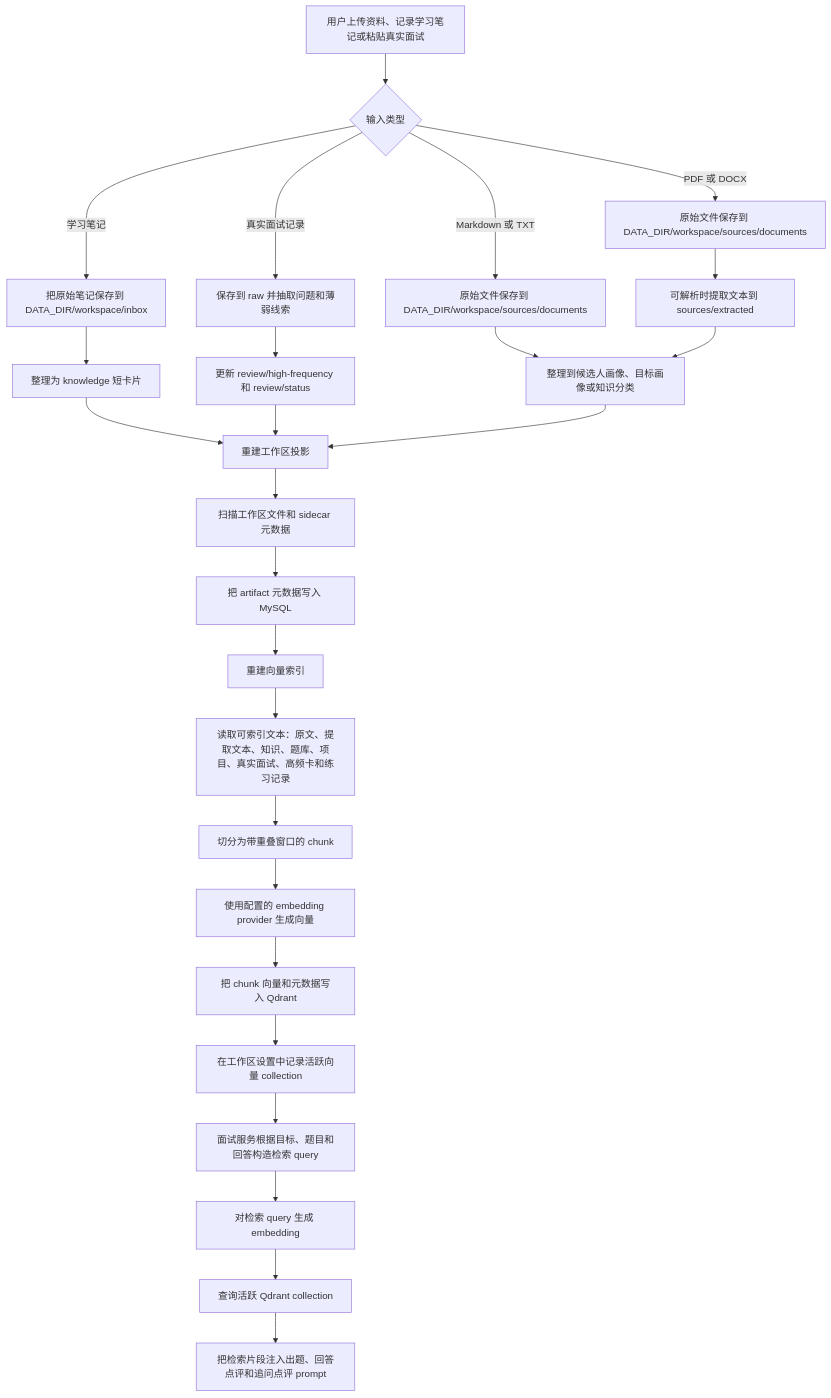
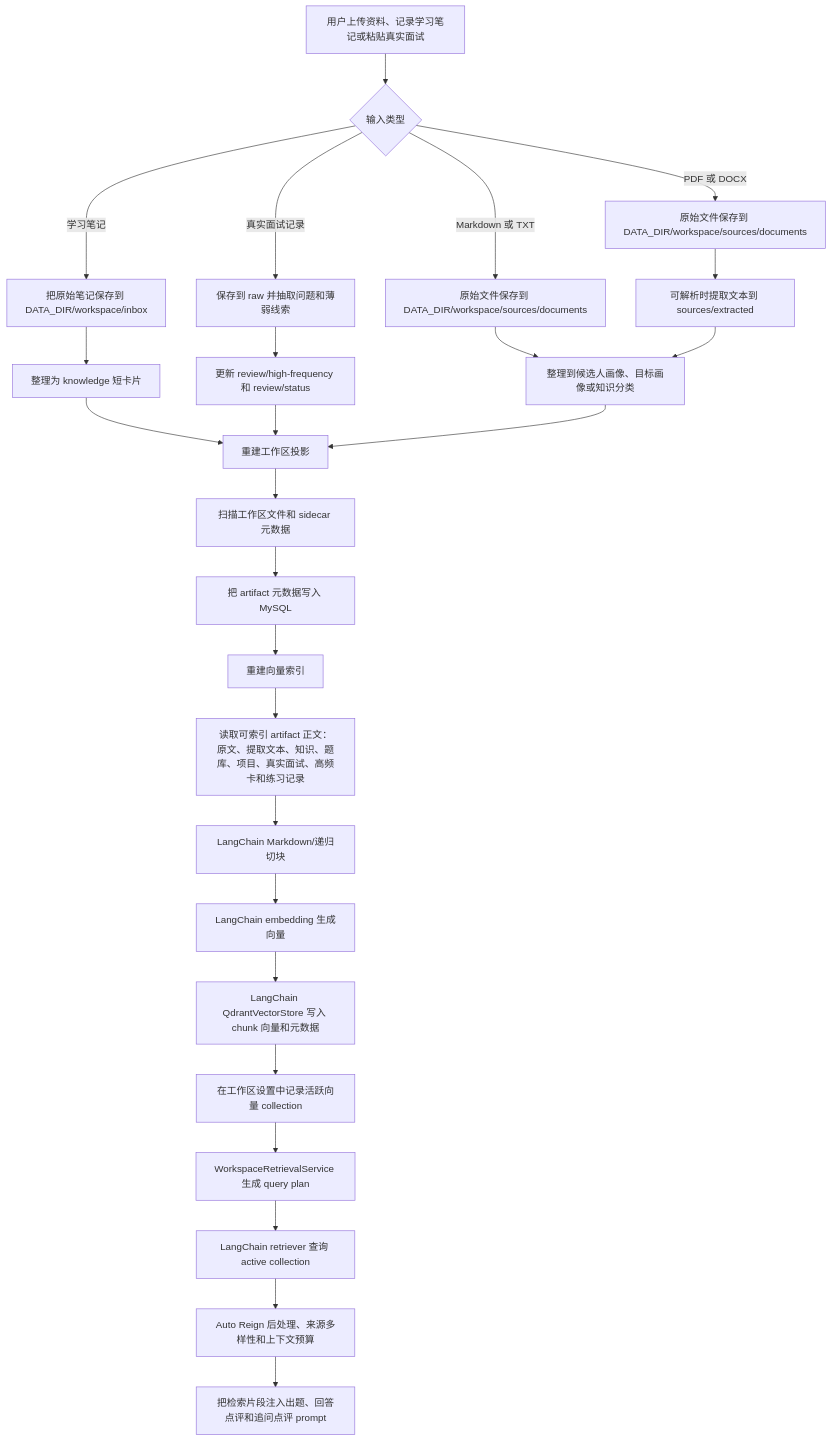
Before and after one commit to wxcfox/auto-reign: the diagram in docs/knowledge-data-flow.md, drawn with Mermaid. The commit also changed other lines of this file and 14 other files, not shown here.

````diff
--- a/docs/knowledge-data-flow.md
+++ b/docs/knowledge-data-flow.md
@@ -5,28 +5,28 @@
 ```mermaid
 flowchart TD
   A["用户上传资料、记录学习笔记或粘贴真实面试"] --> B{"输入类型"}
   B -->|Markdown 或 TXT| C["原始文件保存到 DATA_DIR/workspace/sources/documents"]
   B -->|PDF 或 DOCX| D["原始文件保存到 DATA_DIR/workspace/sources/documents"]
   D --> E["可解析时提取文本到 sources/extracted"]
   B -->|学习笔记| F["把原始笔记保存到 DATA_DIR/workspace/inbox"]
   B -->|真实面试记录| V["保存到 raw 并抽取问题和薄弱线索"]
   F --> G["整理为 knowledge 短卡片"]
   V --> W["更新 review/high-frequency 和 review/status"]
   C --> H["整理到候选人画像、目标画像或知识分类"]
   E --> H
   G --> I["重建工作区投影"]
   W --> I
   H --> I
   I --> J["扫描工作区文件和 sidecar 元数据"]
   J --> K["把 artifact 元数据写入 MySQL"]
   K --> L["重建向量索引"]
-  L --> M["读取可索引文本：原文、提取文本、知识、题库、项目、真实面试、高频卡和练习记录"]
-  M --> N["切分为带重叠窗口的 chunk"]
-  N --> O["使用配置的 embedding provider 生成向量"]
-  O --> P["把 chunk 向量和元数据写入 Qdrant"]
+  L --> M["读取可索引 artifact 正文：原文、提取文本、知识、题库、项目、真实面试、高频卡和练习记录"]
+  M --> N["LangChain Markdown/递归切块"]
+  N --> O["LangChain embedding 生成向量"]
+  O --> P["LangChain QdrantVectorStore 写入 chunk 向量和元数据"]
   P --> Q["在工作区设置中记录活跃向量 collection"]
-  Q --> R["面试服务根据目标、题目和回答构造检索 query"]
-  R --> S["对检索 query 生成 embedding"]
-  S --> T["查询活跃 Qdrant collection"]
+  Q --> R["WorkspaceRetrievalService 生成 query plan"]
+  R --> S["LangChain retriever 查询 active collection"]
+  S --> T["Auto Reign 后处理、来源多样性和上下文预算"]
   T --> U["把检索片段注入出题、回答点评和追问点评 prompt"]
 ```
````
